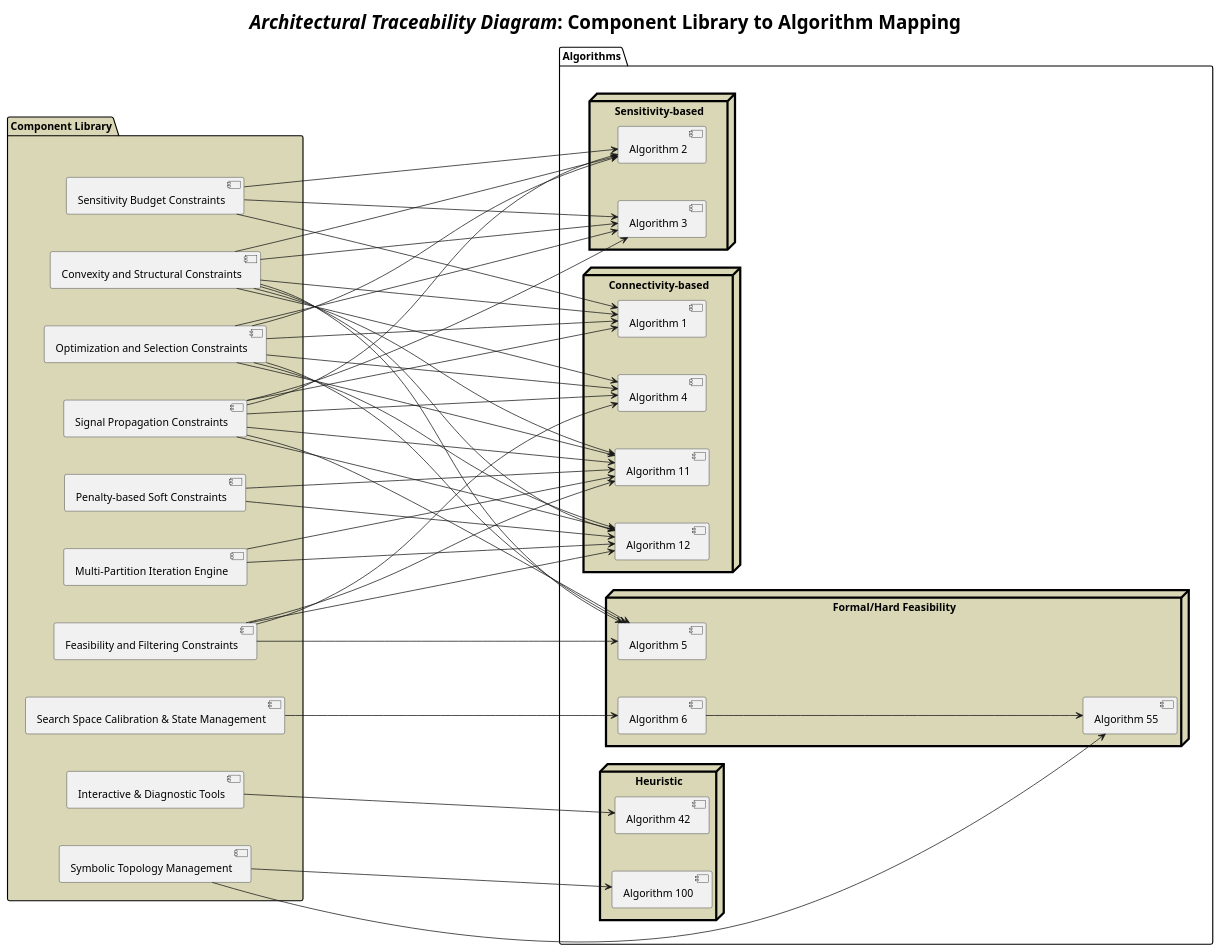
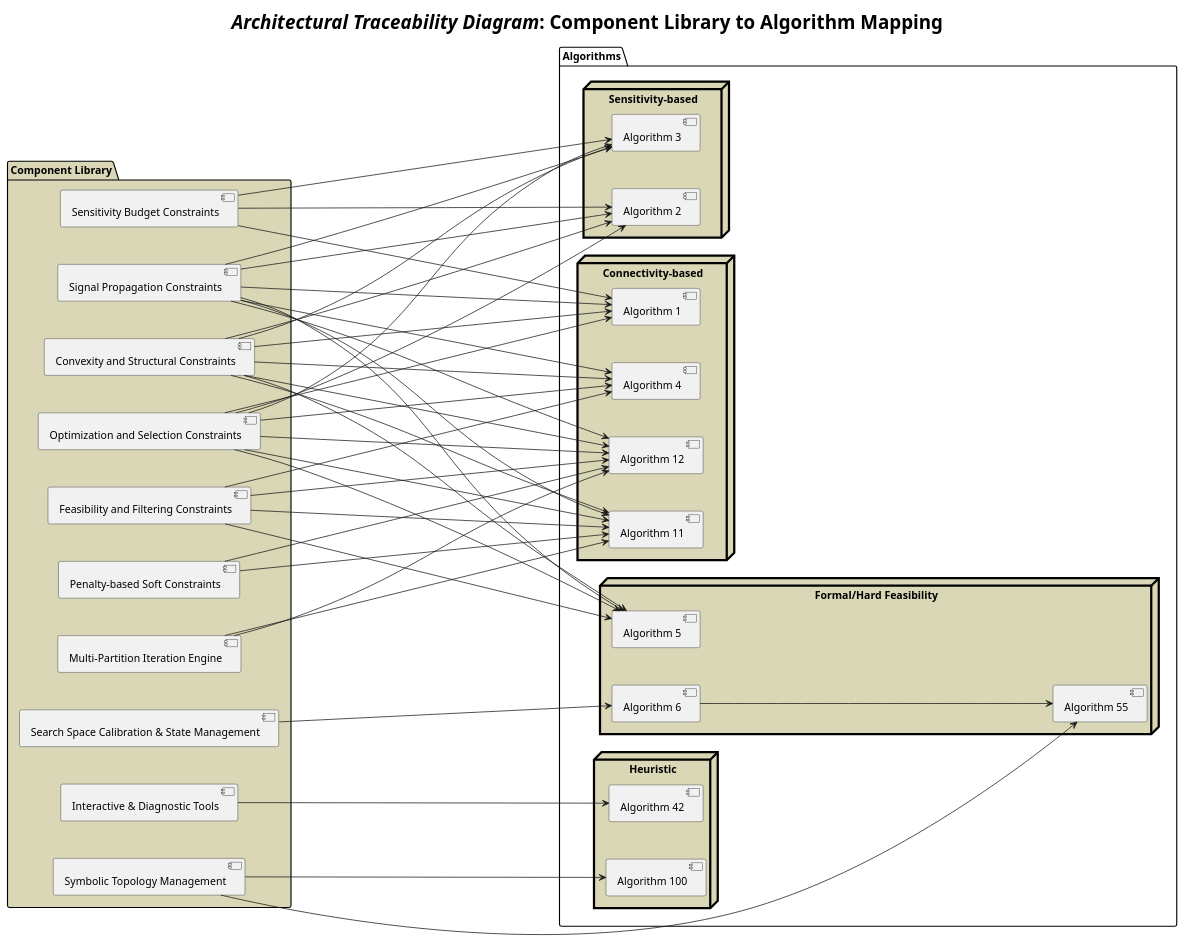
Before and after one commit to LP-RG/subxpat: the diagram in sxpat/architecture_map.puml, drawn with PlantUML.

Commit message:
#202: Create temporary design for PlantUML architecture diagram

```diff
--- a/sxpat/architecture_map.puml
+++ b/sxpat/architecture_map.puml
@@ -1,117 +1,114 @@
 @startuml
 skinparam componentStyle uml2
 left to right direction
 
 skinparam nodesep 50
 skinparam Ranksep 400
 skinparam titleFontSize 25
 
 <style>
 node {
     LineColor black
     LineThickness 3.0
     BackgroundColor #D9D7B6
 }
 </style>
 
 title 
     <i>Architectural Traceability Diagram</i>: Component Library to Algorithm Mapping
 end title
-
 
 package "Component Library" #D9D7B6 {
     [Signal Propagation Constraints] as SP
     [Convexity and Structural Constraints] as CS
     [Optimization and Selection Constraints] as OS
     [Sensitivity Budget Constraints] as SB
     [Feasibility and Filtering Constraints] as FF
     [Penalty-based Soft Constraints] as PS
     [Multi-Partition Iteration Engine] as MPE
     [Search Space Calibration & State Management] as SSCSM
     [Symbolic Topology Management] as STM
     [Interactive & Diagnostic Tools] as IDT
 }
 
 package "Algorithms" {
     node "Connectivity-based" {
         [Algorithm 1] as A1
         [Algorithm 4] as A4
         [Algorithm 11] as A11
         [Algorithm 12] as A12
     }
     node "Sensitivity-based" {
         [Algorithm 2] as A2
         [Algorithm 3] as A3
     }
     node "Formal/Hard Feasibility" {
         [Algorithm 5] as A5
         [Algorithm 6] as A6
         [Algorithm 55] as A55
     }
     node "Heuristic" {
         [Algorithm 42] as A42
         [Algorithm 100] as A100
     }
 }
-
-[Component Library] -[hidden]down-> [Algorithms]
 
 ' (Mapping)
 ' mapping dependencies for 'Signal Propagation Constraints'
 SP --> A1 
 SP --> A2
 SP --> A3
 SP --> A4
 SP --> A5
 SP --> A11
 SP --> A12
 
 ' mapping dependencies for 'Convexity and Structural Constraints'
 CS --> A1 
 CS --> A2
 CS --> A3
 CS --> A4
 CS --> A5
 CS --> A11
 CS --> A12
 
 ' mapping dependencies for 'Optimization and Selection Constraints'
 OS --> A1 
 OS --> A2
 OS --> A3
 OS --> A4
 OS --> A5
 OS --> A11
 OS --> A12
 
 ' mapping dependencies for 'Sensitivity Budget Constraints'
 SB --> A1
 SB --> A2
 SB --> A3
 
 ' mapping dependencies for 'Feasibility and Filtering Constraints'
 FF --> A4
 FF --> A5 
 FF --> A11 
 FF --> A12 
 
 ' mapping dependencies for 'Penalty-based Soft Constraints'
 PS --> A11
 PS --> A12
 
 ' mapping dependencies for 'Multi-Partition Iteration Engine'
 MPE --> A11
 MPE --> A12
 
 ' mapping dependencies for 'Search Space Calibration & State Management'
 SSCSM --> A6
 
 ' mapping dependencies for 'Symbolic Topology Management'
 STM --> A55
 STM --> A100
 A6 --> A55
 
 ' mapping dependencies for 'Interactive & Diagnostic Tools'
 IDT --> A42
 
 @enduml
```
